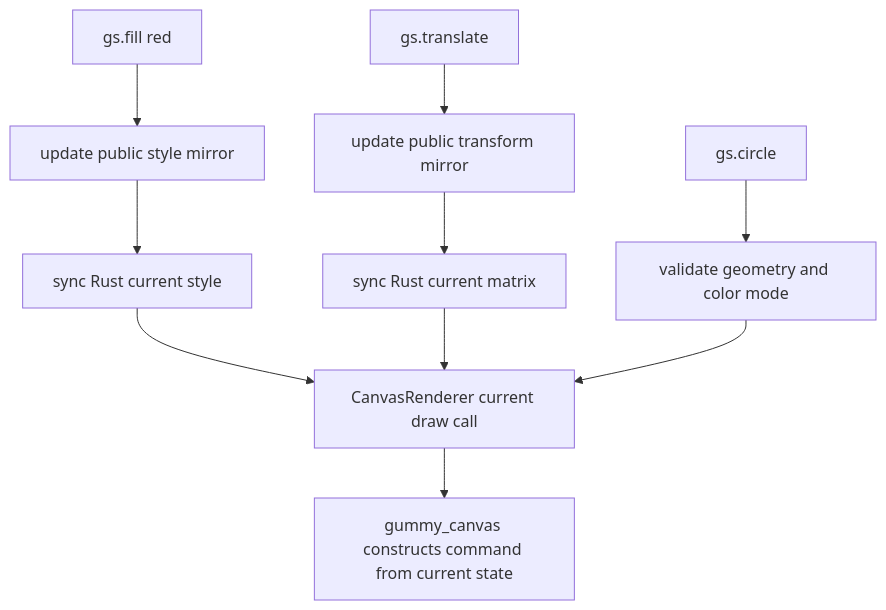
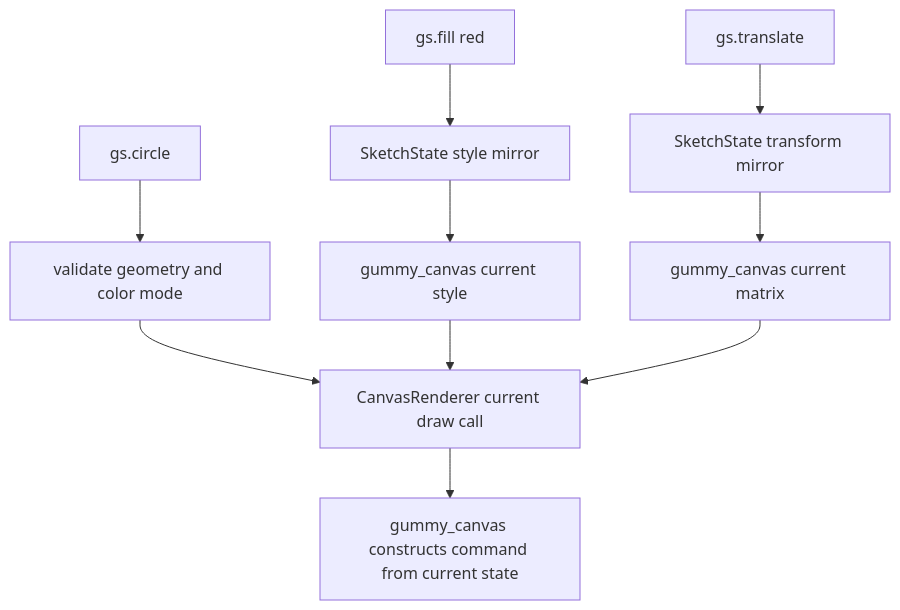
The third of 4 diagrams in docs/contribute/architecture.md (JonathanHHenson/gummy_snake), drawn with Mermaid before and after one commit. The commit also changed other lines of this file and 4 other files, not shown here.

Commit message:
Clarify runtime and adapter architecture docs

````diff
--- a/docs/contribute/architecture.md
+++ b/docs/contribute/architecture.md
@@ -154,12 +194,14 @@
 ```mermaid
 flowchart TD
-    A[gs.fill red] --> B[update public style mirror]
-    B --> C[sync Rust current style]
-    D[gs.translate] --> E[update public transform mirror]
-    E --> F[sync Rust current matrix]
-    G[gs.circle] --> H[validate geometry and color mode]
-    C --> I[CanvasRenderer current draw call]
-    F --> I
-    H --> I
-    I --> J[gummy_canvas constructs command from current state]
+    StyleCall[gs.fill red] --> StyleMirror[SketchState style mirror]
+    StyleMirror --> RustStyle[gummy_canvas current style]
+
+    TransformCall[gs.translate] --> TransformMirror[SketchState transform mirror]
+    TransformMirror --> RustTransform[gummy_canvas current matrix]
+
+    DrawCall[gs.circle] --> Validate[validate geometry and color mode]
+    Validate --> RendererCall[CanvasRenderer current draw call]
+    RustStyle --> RendererCall
+    RustTransform --> RendererCall
+    RendererCall --> Command[gummy_canvas constructs command from current state]
 ```
````
